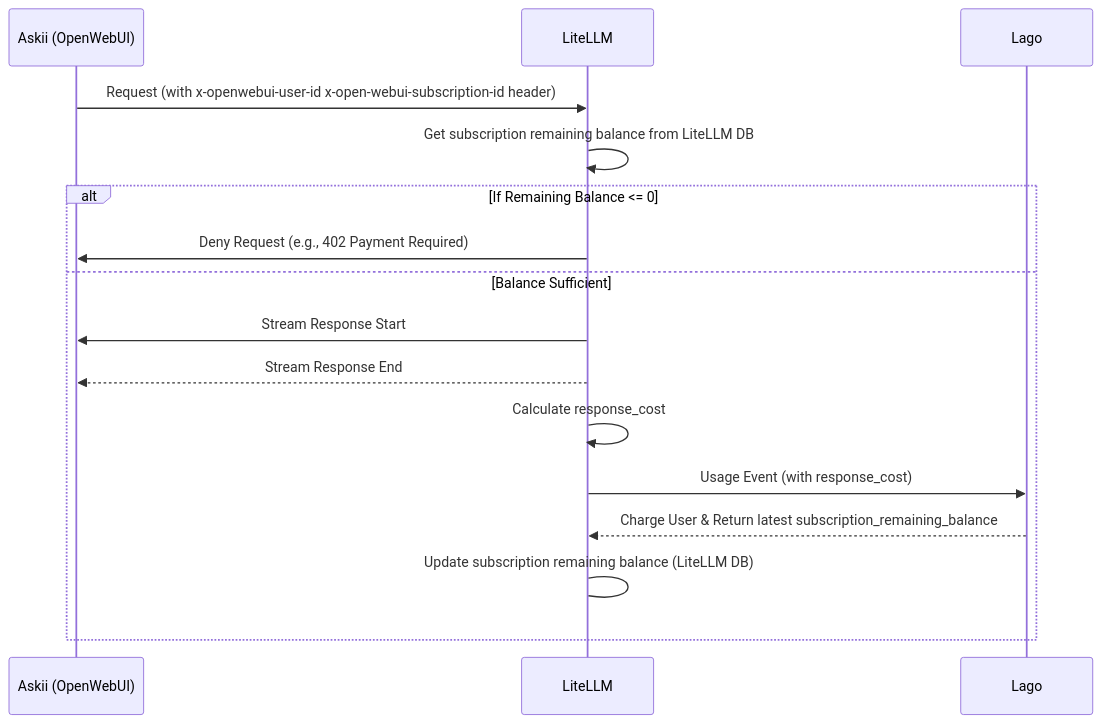
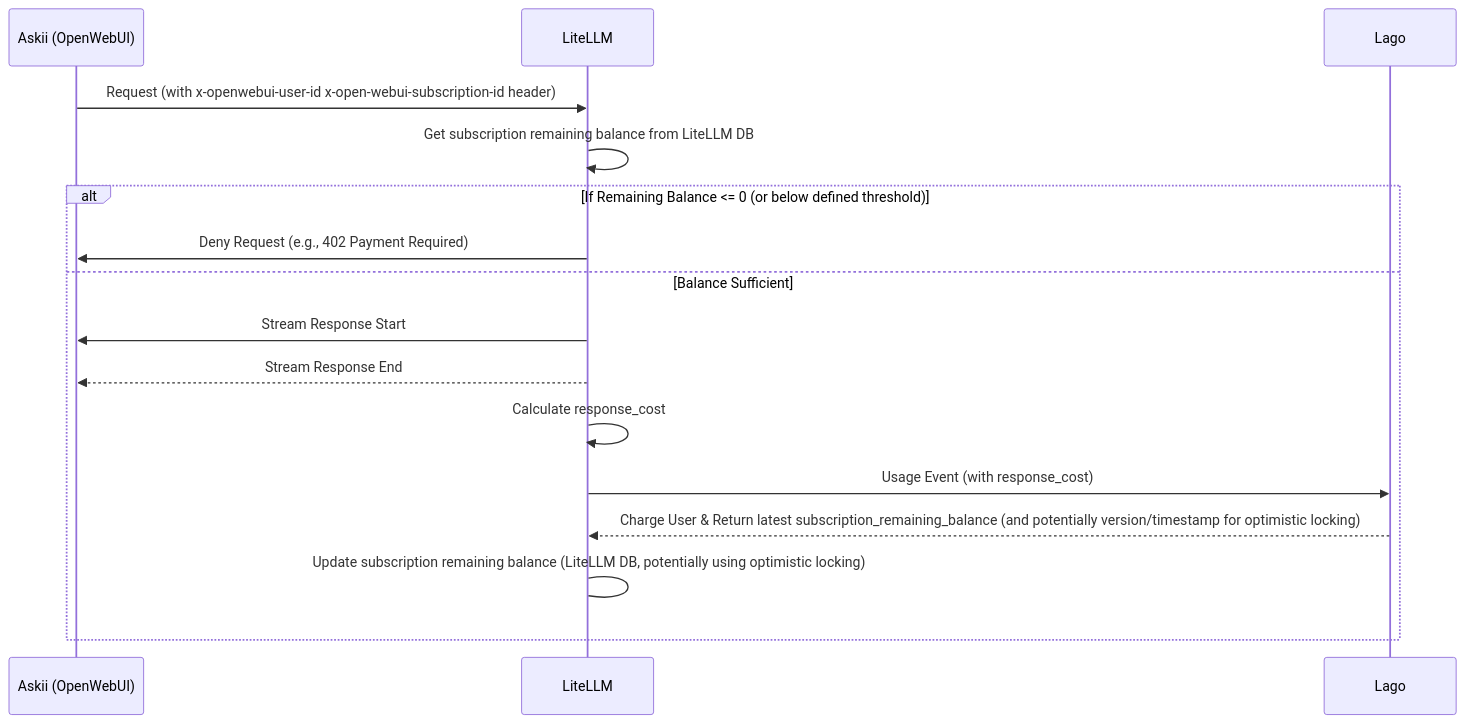
One commit to Pressingly/litellm changed the diagram in moneta/billing/docs/epic_technical_design.md. Above: the diagram before and after it, drawn with Mermaid. The commit also changed other lines of this file, not shown here.

````diff
--- a/moneta/billing/docs/epic_technical_design.md
+++ b/moneta/billing/docs/epic_technical_design.md
@@ -30,22 +35,22 @@
 ```mermaid
 sequenceDiagram
     participant O as Askii (OpenWebUI)
     participant L as LiteLLM
     participant G as Lago
 
     O->>L: Request (with x-openwebui-user-id x-open-webui-subscription-id header)
     L->>L: Get subscription remaining balance from LiteLLM DB 
     
-    alt If Remaining Balance <= 0
+    alt If Remaining Balance <= 0 (or below defined threshold)
         L->>O: Deny Request (e.g., 402 Payment Required)
     else Balance Sufficient
         L->>O: Stream Response Start
         %% LiteLLM processes the request %%
         L-->>O: Stream Response End
 
         L->>L: Calculate response_cost
         L->>G: Usage Event (with response_cost)
-        G-->>L: Charge User & Return latest subscription_remaining_balance
-        L->L: Update subscription remaining balance (LiteLLM DB)
+        G-->>L: Charge User & Return latest subscription_remaining_balance (and potentially version/timestamp for optimistic locking)
+        L->L: Update subscription remaining balance (LiteLLM DB, potentially using optimistic locking)
     end
 ```
````
